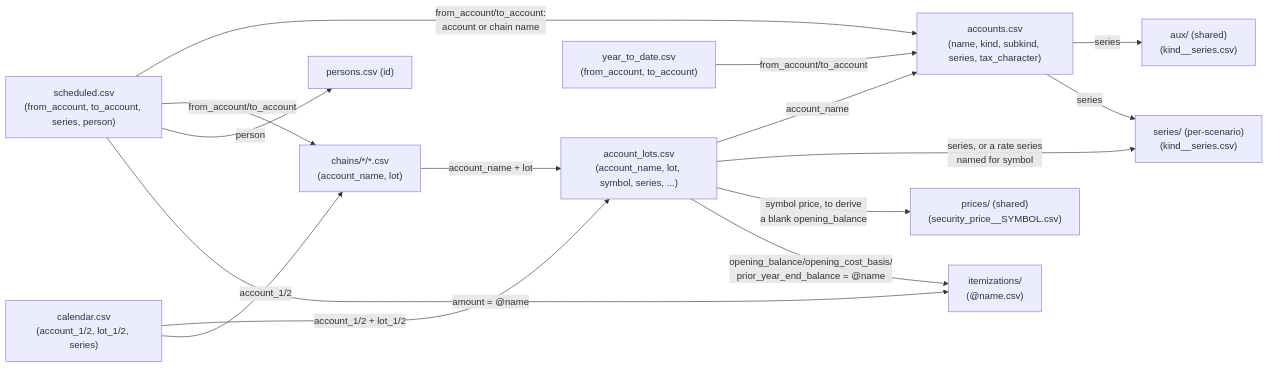
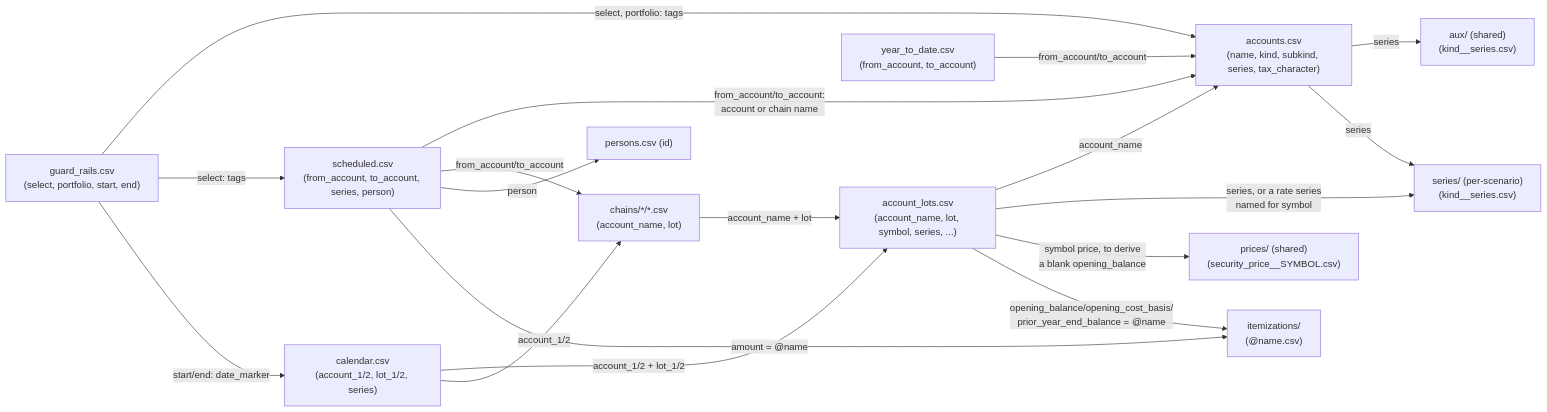
The second of 2 diagrams in docs/architecture/ADR-003-registries-and-csv-schemas.md (BobKerns/analysis), drawn with Mermaid before and after one commit. The commit also changed other lines of this file and 28 other files, not shown here.

````diff
--- a/docs/architecture/ADR-003-registries-and-csv-schemas.md
+++ b/docs/architecture/ADR-003-registries-and-csv-schemas.md
@@ -379,43 +379,48 @@
 ```mermaid
 flowchart LR
     accounts["accounts.csv
 (name, kind, subkind, series, tax_character)"]
     values["account_lots.csv
 (account_name, lot, symbol, series, ...)"]
     chains["chains/*/*.csv
 (account_name, lot)"]
     scheduled["scheduled.csv
 (from_account, to_account, series, person)"]
     calendar["calendar.csv
 (account_1/2, lot_1/2, series)"]
     ytd["year_to_date.csv
 (from_account, to_account)"]
+    rails["guard_rails.csv
+(select, portfolio, start, end)"]
     persons["persons.csv (id)"]
     aux["aux/ (shared)
 (kind__series.csv)"]
     series["series/ (per-scenario)
 (kind__series.csv)"]
     prices["prices/ (shared)
 (security_price__SYMBOL.csv)"]
     itemizations["itemizations/
 (@name.csv)"]
 
     values -->|account_name| accounts
     chains -->|account_name + lot| values
     scheduled -->|from_account/to_account:
 account or chain name| accounts
     scheduled -->|from_account/to_account| chains
     scheduled -->|person| persons
     calendar -->|account_1/2 + lot_1/2| values
     calendar -->|account_1/2| chains
     ytd -->|from_account/to_account| accounts
+    rails -->|select, portfolio: tags| accounts
+    rails -->|select: tags| scheduled
+    rails -->|start/end: date_marker| calendar
     accounts -->|series| aux
     accounts -->|series| series
     values -->|series, or a rate series
 named for symbol| series
     values -->|symbol price, to derive
 a blank opening_balance| prices
     values -->|opening_balance/opening_cost_basis/
 prior_year_end_balance = @name| itemizations
     scheduled -->|amount = @name| itemizations
 ```
````
